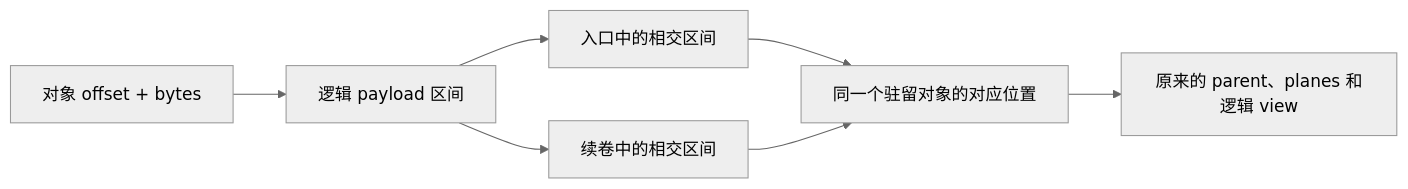
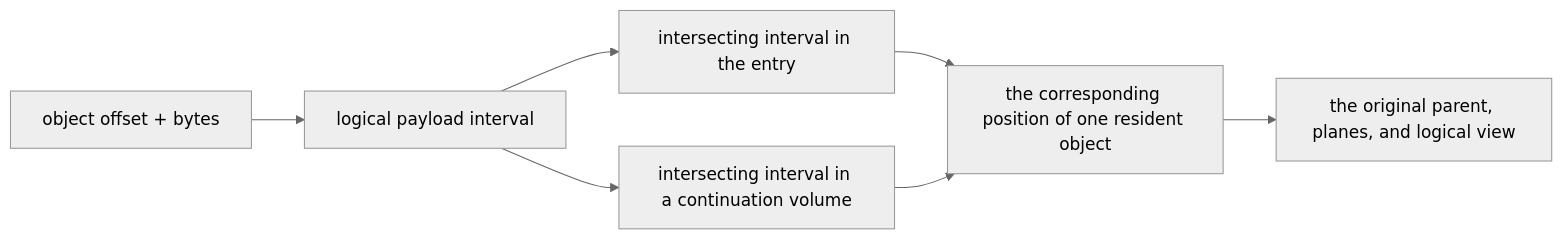
The diagram in docs/maintainer/artifact-container.md (baristahaus/ninfer-gb10), drawn with Mermaid (neutral theme) before and after one commit. The commit also changed other lines of this file and 31 other files, not shown here.

````diff
--- a/docs/maintainer/artifact-container.md
+++ b/docs/maintainer/artifact-container.md
@@ -112,9 +116,9 @@
 ```mermaid
 flowchart LR
-    O["对象 offset + bytes"] --> L["逻辑 payload 区间"]
-    L --> A["入口中的相交区间"]
-    L --> B["续卷中的相交区间"]
-    A --> D["同一个驻留对象的对应位置"]
+    O["object offset + bytes"] --> L["logical payload interval"]
+    L --> A["intersecting interval in the entry"]
+    L --> B["intersecting interval in a continuation volume"]
+    A --> D["the corresponding position of one resident object"]
     B --> D
-    D --> V["原来的 parent、planes 和逻辑 view"]
+    D --> V["the original parent, planes, and logical view"]
 ```
````
